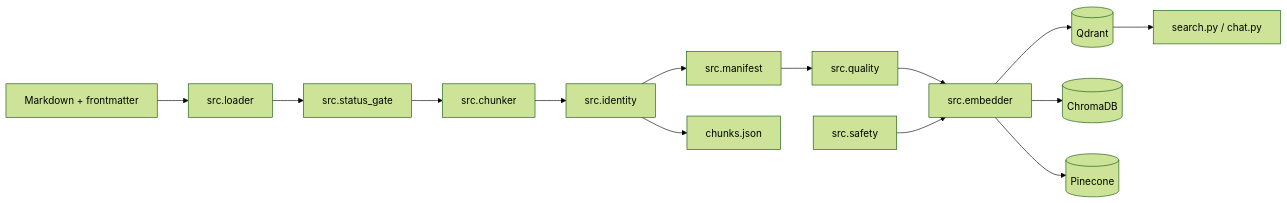
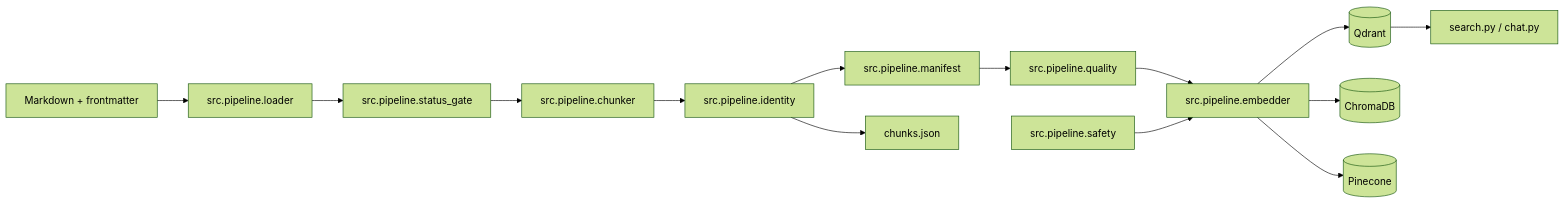
The third of 3 diagrams in docs/architecture.md (marciohernandez/rag-pipeline), drawn with Mermaid (forest theme) before and after one commit. The commit also changed other lines of this file and 65 other files, not shown here.

First line of the commit message:
Refactor tests and application structure to move from `src.providers` to `src.pipeline.providers`

````diff
--- a/docs/architecture.md
+++ b/docs/architecture.md
@@ -26,16 +71,16 @@
 ```mermaid
 flowchart LR
-  Markdown[Markdown + frontmatter] --> Loader[src.loader]
-  Loader --> StatusGate[src.status_gate]
-  StatusGate --> Chunker[src.chunker]
-  Chunker --> Identity[src.identity]
-  Identity --> Manifest[src.manifest]
+  Markdown[Markdown + frontmatter] --> Loader[src.pipeline.loader]
+  Loader --> StatusGate[src.pipeline.status_gate]
+  StatusGate --> Chunker[src.pipeline.chunker]
+  Chunker --> Identity[src.pipeline.identity]
+  Identity --> Manifest[src.pipeline.manifest]
   Identity --> Exporter[chunks.json]
-  Manifest --> Quality[src.quality]
-  Quality --> Indexer[src.embedder]
-  Safety[src.safety] --> Indexer
+  Manifest --> Quality[src.pipeline.quality]
+  Quality --> Indexer[src.pipeline.embedder]
+  Safety[src.pipeline.safety] --> Indexer
   Indexer --> Qdrant[(Qdrant)]
   Indexer --> Chroma[(ChromaDB)]
   Indexer --> Pinecone[(Pinecone)]
   Qdrant --> Search[search.py / chat.py]
 ```
````
